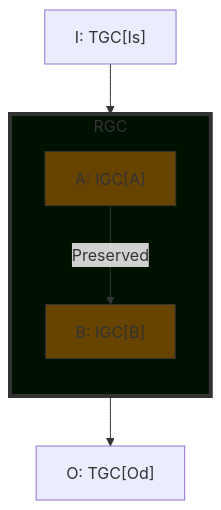
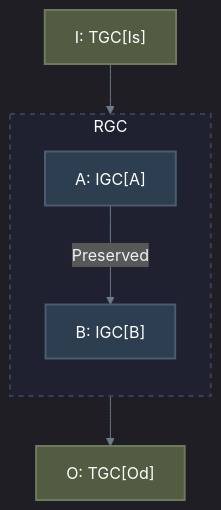
One commit to Shapedsundew9/erasmus-gp changed the third of 6 diagrams in docs/components/core/physics/insertion.md. Above: the diagram before and after it, drawn with Mermaid. The commit also changed other lines of this file and 21 other files, not shown here.

First line of the commit message:
Enhance Mermaid Diagrams and Color Consistency Across Documentation

````diff
--- a/docs/components/core/physics/insertion.md
+++ b/docs/components/core/physics/insertion.md
@@ -104,22 +110,25 @@
 ```mermaid
-%% Insertion Case 2: Wrap
+%%{init: { 'theme': 'dark', 'themeVariables': { 'lineColor': '#6c7a89', 'textColor': '#edf2f4', 'mainBkg': '#2b2d42', 'primaryBorderColor': '#4a4e69' }}}%%
 flowchart TB
-    I["I: TGC[Is]"]
+    %% Base/Default (Dark Slate)
+    classDef default fill:#2b2d42,stroke:#4a4e69,stroke-width:2px,color:#edf2f4
+    classDef dataBlue fill:#3a506b,stroke:#5c6b73,stroke-width:2px,color:#ffffff
+    classDef dataGreen fill:#425c52,stroke:#5d7a6f,stroke-width:2px,color:#ffffff
+    classDef dataGold fill:#6e6246,stroke:#8f8160,stroke-width:2px,color:#ffffff
+    classDef dataTeal fill:#3b5e60,stroke:#5b7a7c,stroke-width:2px,color:#ffffff
+    classDef dataOlive fill:#525c42,stroke:#6f7a5d,stroke-width:2px,color:#ffffff
+    classDef dataNavy fill:#2c3e50,stroke:#4a5c6e,stroke-width:2px,color:#ffffff
+    classDef zonePrimary fill:#1f2130,stroke:#3a3e59,stroke-width:2px,stroke-dasharray: 5 5
+
+    I["I: TGC[Is]"]:::dataOlive
     subgraph RGC
         direction TB
-        GCA["A: IGC[A]"]
-        GCB["B: IGC[B]"]
+        GCA["A: IGC[A]"]:::dataNavy
+        GCB["B: IGC[B]"]:::dataNavy
     end
-    O["O: TGC[Od]"]
+    O["O: TGC[Od]"]:::dataOlive
     I --> RGC --> O
     GCA --Preserved--> GCB
 
-classDef newGC fill:#010,stroke:#333,stroke-width:4px
-classDef newRow fill:#010,stroke:#333,stroke-width:1px
-classDef modified fill:#640,stroke:#333,stroke-width:1px
-classDef unchanged fill:#000,stroke:#333,stroke-width:1px
-
-class RGC newGC
-class GCA modified
-class GCB modified
+    class RGC zonePrimary
 ```
````
